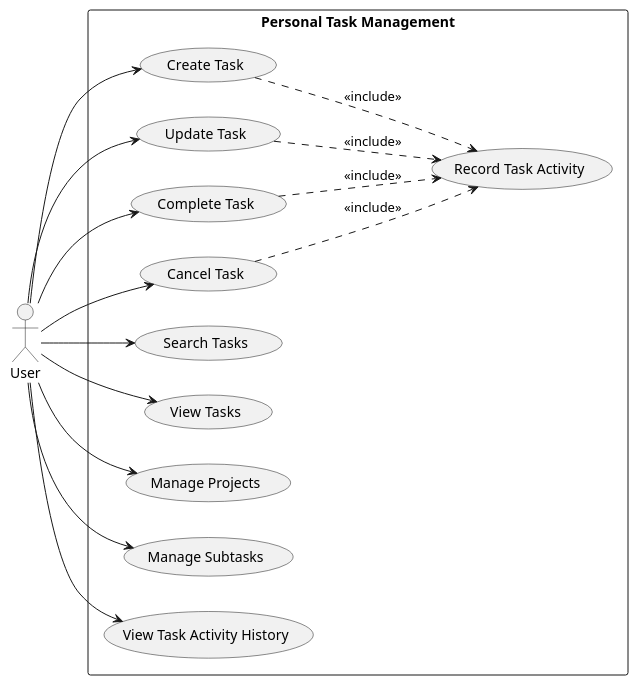
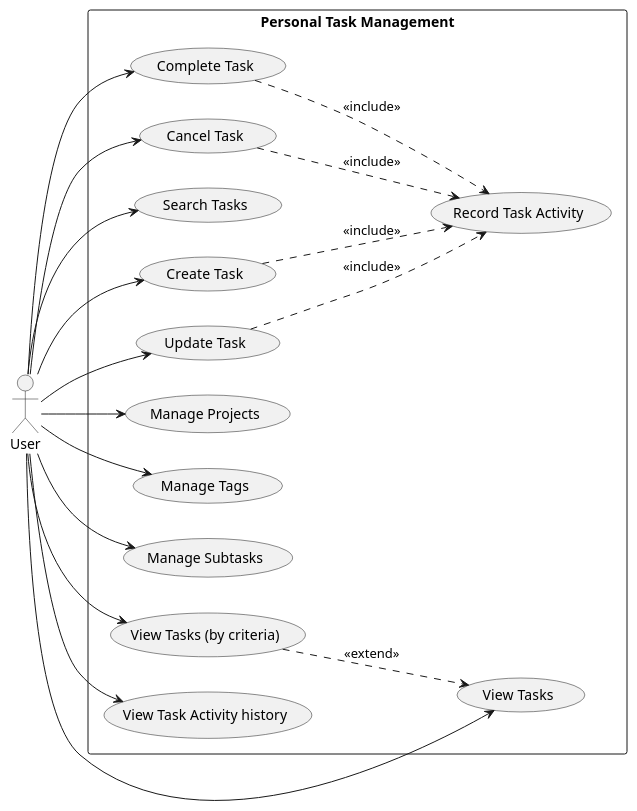
The diagram in docs/iteration1/usecase_diagram.puml (Zaroohi/SOEN342_Project), drawn with PlantUML before and after one commit.

Commit message:
Refactor use case diagram for clarity and structure
I edited the diagram to add more details.

```diff
--- a/docs/iteration1/usecase_diagram.puml
+++ b/docs/iteration1/usecase_diagram.puml
@@ -1,44 +1,40 @@
- @startuml
- 
+  @startuml
 left to right direction
+ actor "User" as User
+ rectangle "Personal Task Management" {
 
-actor "User" as User
-rectangle "Personal Task Management" {
+ usecase "Complete Task" as UC_CompleteTask
+ usecase "Cancel Task" as UC_CancelTask
+ usecase "Search Tasks" as UC_SearchTasks
+ usecase "View Tasks" as UC_ViewTasks
+ usecase "Create Task" as UC_CreateTask
+ usecase "Update Task" as UC_UpdateTask
+  usecase "Manage Projects" as UC_ManageProjects
+  usecase "Manage Tags" as UC_ManageTags
+ usecase "Manage Subtasks" as UC_ManageSubtasks
+  usecase "View Tasks (by criteria)" as UC_ViewByCriteria
+usecase "View Task Activity history" as UC_ViewHistory
+  usecase "Record Task Activity" as UC_RecordActivity
+  
 
-  
-  usecase "Create Task" as UC_CreateTask
-  usecase "Update Task" as UC_UpdateTask
-  usecase "Complete Task" as UC_CompleteTask
-  usecase "Cancel Task" as UC_CancelTask
- usecase "Search Tasks" as UC_SearchTasks
-  usecase "View Tasks" as UC_ViewTasks
- 
-
-  
-  usecase "Manage Projects" as UC_ManageProjects
-  usecase "Manage Subtasks" as UC_ManageSubtasks
-  usecase "View Task Activity History" as UC_ViewHistory
-
-  
-  usecase "Record Task Activity" as UC_RecordActivity
 }
-
 'associations
 User --> UC_CreateTask
 User --> UC_UpdateTask
 User --> UC_CompleteTask
 User --> UC_CancelTask
 User --> UC_ViewTasks
 User --> UC_SearchTasks
 User --> UC_ManageProjects
 User --> UC_ManageSubtasks
-
+User --> UC_ManageTags
+User --> UC_ViewByCriteria
 User --> UC_ViewHistory
-
-'include
-UC_CreateTask ..> UC_RecordActivity : <<include>>
-UC_UpdateTask ..> UC_RecordActivity : <<include>>
-UC_CompleteTask ..> UC_RecordActivity : <<include>>
-UC_CancelTask ..> UC_RecordActivity : <<include>>
-
+'all includes
+UC_CreateTask ..> UC_RecordActivity: <<include>>
+UC_UpdateTask ..> UC_RecordActivity: <<include>>
+UC_CompleteTask ..> UC_RecordActivity: <<include>>
+UC_CancelTask ..> UC_RecordActivity: <<include>>
+'viewing tasks 
+UC_ViewByCriteria ..> UC_ViewTasks: <<extend>>
 @enduml
```
